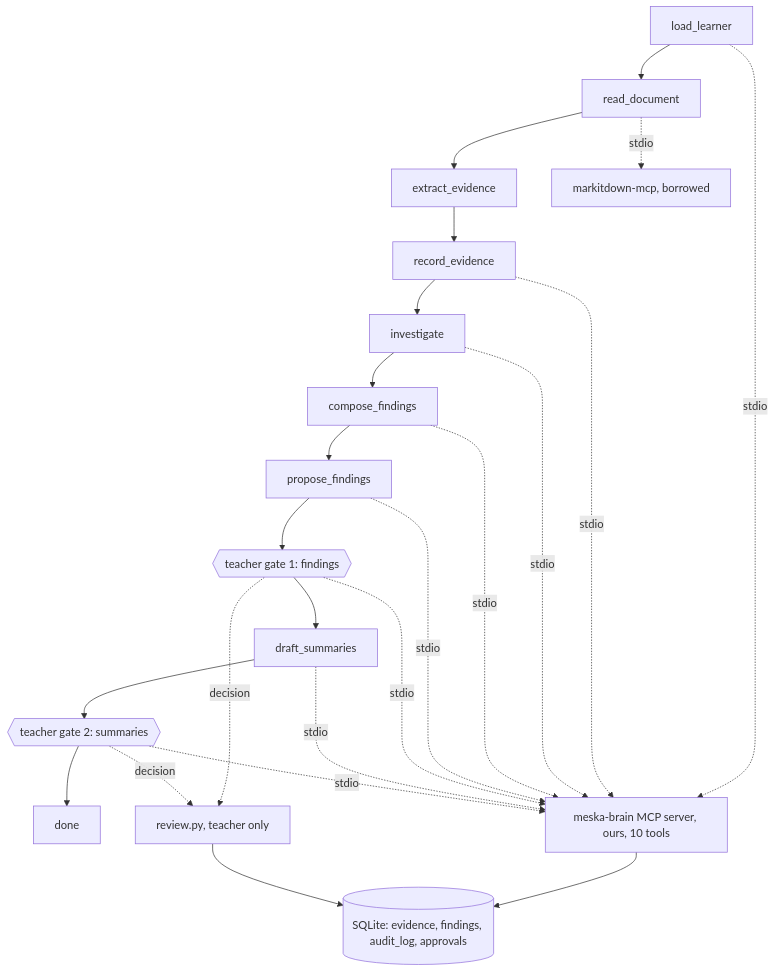
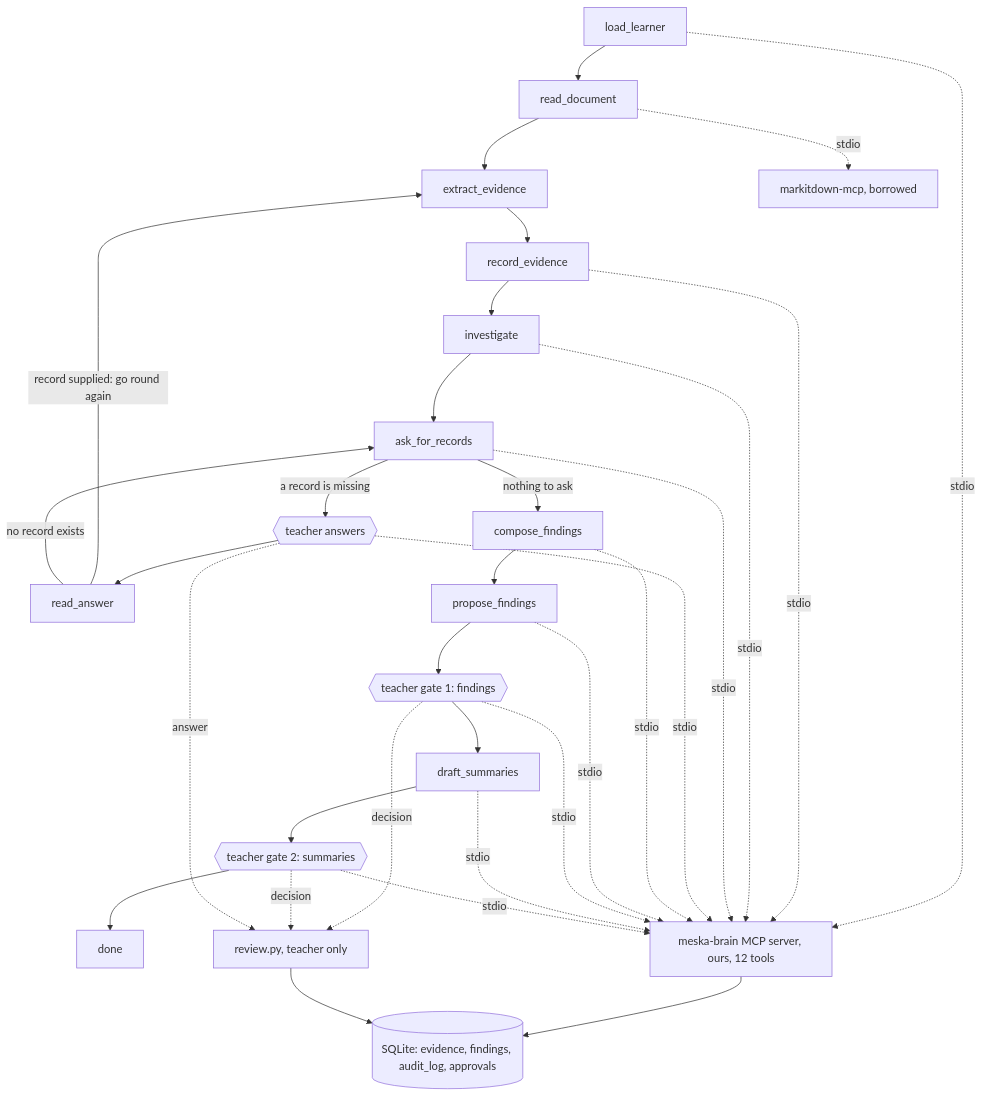
The diagram in ARCHITECTURE.md (OmarAxis/meska-brain), drawn with Mermaid before and after one commit. The commit also changed other lines of this file and 23 other files, not shown here.

First line of the commit message:
Agent asks a teacher for a missing record, then investigates again

````diff
--- a/ARCHITECTURE.md
+++ b/ARCHITECTURE.md
@@ -5,19 +5,25 @@
 ```mermaid
 flowchart TD
   A[load_learner] --> B[read_document]
   B --> C[extract_evidence]
   C --> D[record_evidence]
   D --> E[investigate]
-  E --> F[compose_findings]
+  E --> Q[ask_for_records]
+  Q -- a record is missing --> QG{{teacher answers}}
+  QG --> RA[read_answer]
+  RA -- record supplied: go round again --> C
+  RA -- no record exists --> Q
+  Q -- nothing to ask --> F[compose_findings]
   F --> G[propose_findings]
   G --> H{{teacher gate 1: findings}}
   H --> I[draft_summaries]
   I --> J{{teacher gate 2: summaries}}
   J --> K[done]
   B -. stdio .-> MD[markitdown-mcp, borrowed]
-  A & D & E & F & G & H & I & J -. stdio .-> M[meska-brain MCP server, ours, 10 tools]
+  A & D & E & Q & QG & F & G & H & I & J -. stdio .-> M[meska-brain MCP server, ours, 12 tools]
   M --> DB[(SQLite: evidence, findings, audit_log, approvals)]
   H -. decision .-> R[review.py, teacher only]
   J -. decision .-> R
+  QG -. answer .-> R
   R --> DB
 ```
````
